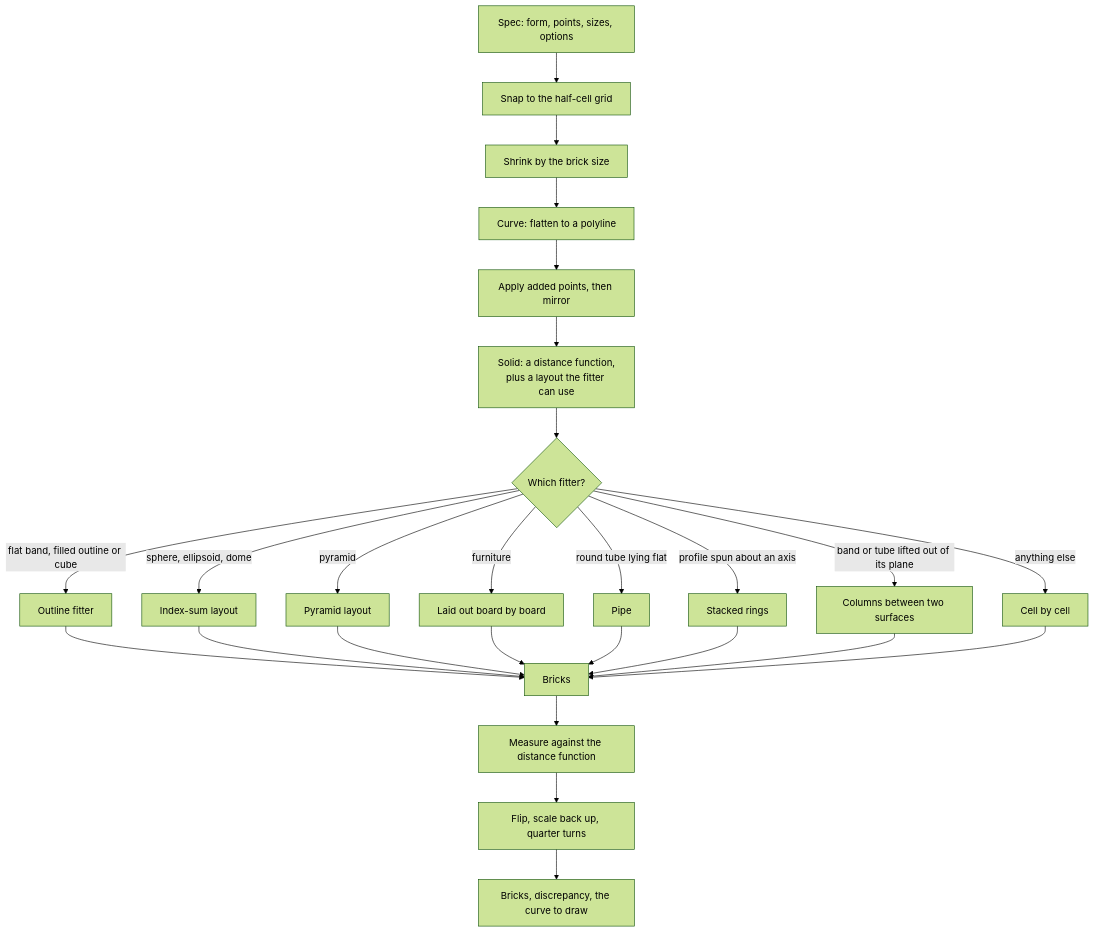
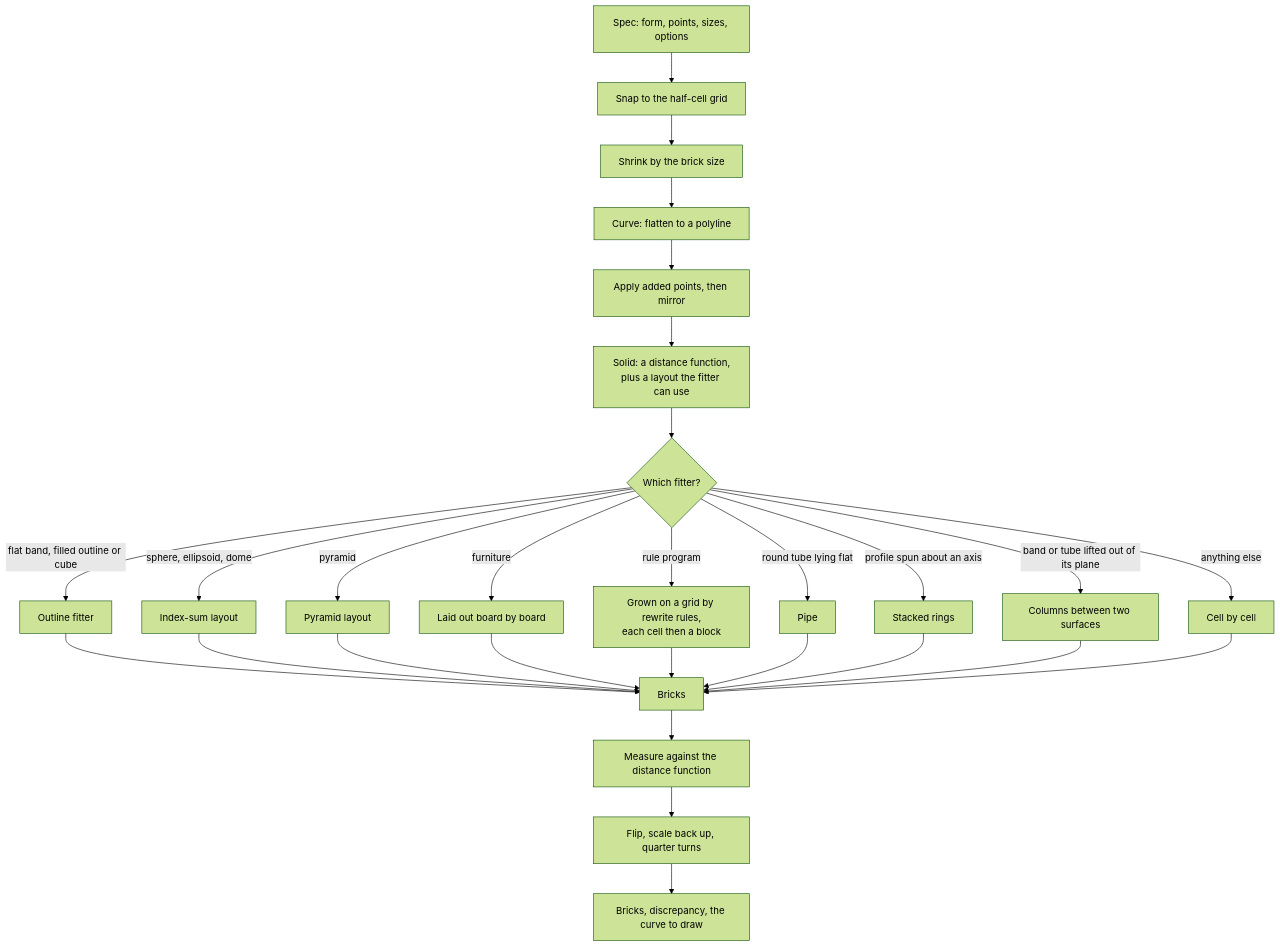
Before and after one commit to Gameboard-dev/brickloft: the first of 2 diagrams in docs/algorithm.md, drawn with Mermaid (forest theme). The commit also changed other lines of this file and 20 other files, not shown here.

````diff
--- a/docs/algorithm.md
+++ b/docs/algorithm.md
@@ -227,28 +227,30 @@
 ```mermaid
 flowchart TD
     A[Spec: form, points, sizes, options] --> B[Snap to the half-cell grid]
     B --> B2[Shrink by the brick size]
     B2 --> C[Curve: flatten to a polyline]
     C --> D[Apply added points, then mirror]
     D --> E[Solid: a distance function,<br/>plus a layout the fitter can use]
     E --> F{Which fitter?}
     F -->|flat band, filled outline or cube| G[Outline fitter]
     F -->|sphere, ellipsoid, dome| H[Index-sum layout]
     F -->|pyramid| I[Pyramid layout]
     F -->|furniture| I2[Laid out board by board]
+    F -->|rule program| I3[Grown on a grid by rewrite rules,<br/>each cell then a block]
     F -->|round tube lying flat| J[Pipe]
     F -->|profile spun about an axis| K[Stacked rings]
     F -->|band or tube lifted out of its plane| L[Columns between two surfaces]
     F -->|anything else| M[Cell by cell]
     G --> N[Bricks]
     H --> N
     I --> N
     I2 --> N
+    I3 --> N
     J --> N
     K --> N
     L --> N
     M --> N
     N --> O[Measure against the distance function]
     O --> P[Flip, scale back up, quarter turns]
     P --> Q[Bricks, discrepancy, the curve to draw]
 ```
````
